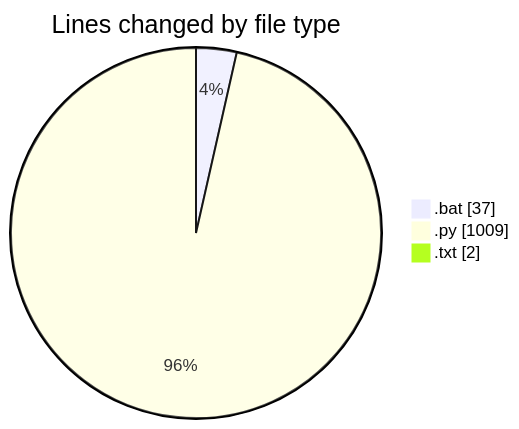
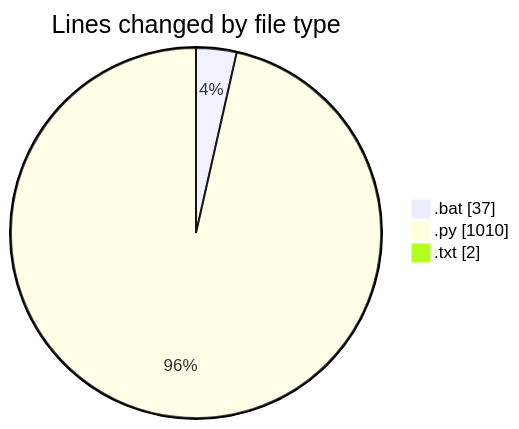
Before and after one commit to FelipKnott/code-tracking: the first of 2 diagrams in 2025-07-04/cursor/README.md, drawn with Mermaid. The commit also changed other lines of this file and 1 other file, not shown here.

````diff
--- a/2025-07-04/cursor/README.md
+++ b/2025-07-04/cursor/README.md
@@ -35,7 +35,7 @@
 ```mermaid
 pie showData
 title Lines changed by file type
 ".bat" : 37
-".py" : 1009
+".py" : 1010
 ".txt" : 2
 ```
````
